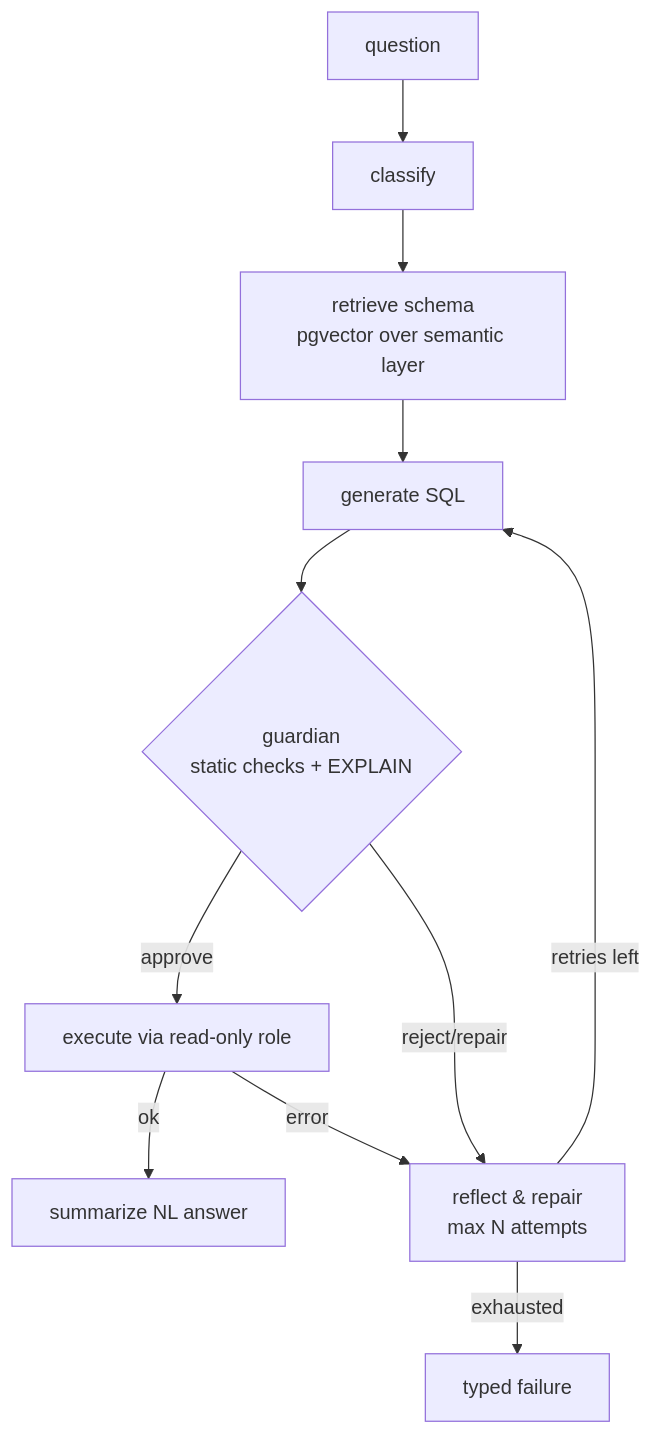
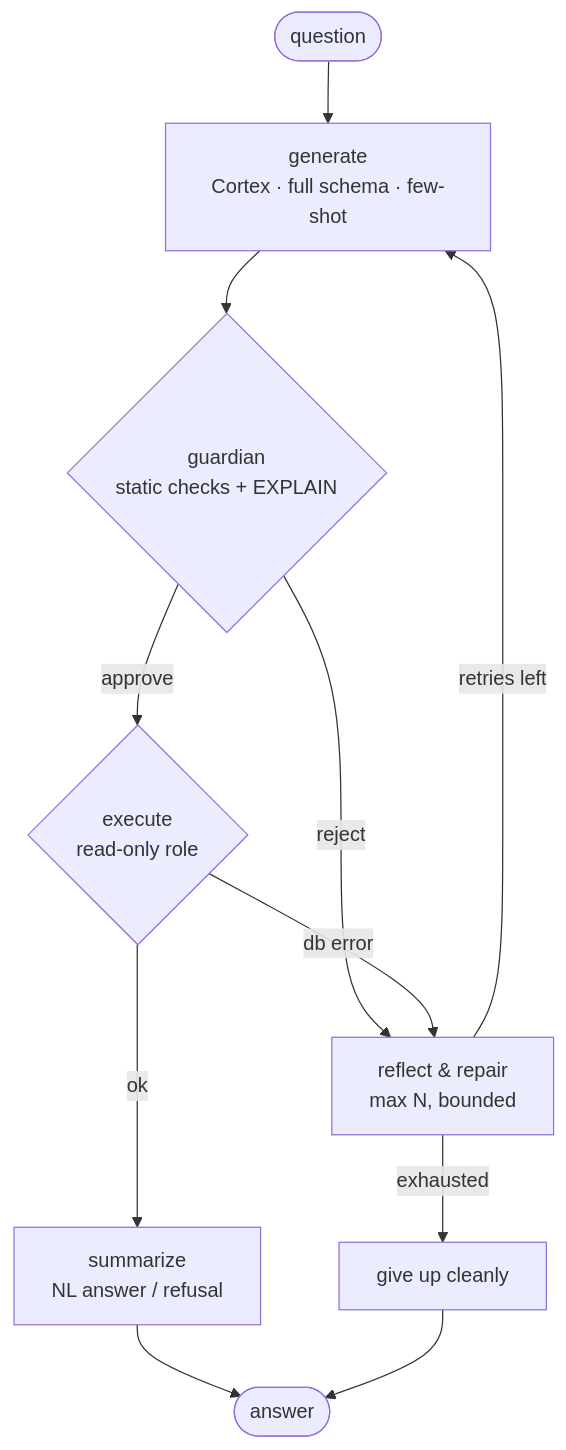
Before and after one commit to DavidAbdelmalek/agentic-text-to-sql: the first of 2 diagrams in docs/ARCHITECTURE.md, drawn with Mermaid. The commit also changed other lines of this file and 7 other files, not shown here.

````diff
--- a/docs/ARCHITECTURE.md
+++ b/docs/ARCHITECTURE.md
@@ -55,13 +16,13 @@
 ```mermaid
 flowchart TD
-    Q[question] --> C[classify]
-    C --> R[retrieve schema<br/>pgvector over semantic layer]
-    R --> G[generate SQL]
+    Q([question]) --> G[generate<br/>Cortex · full schema · few-shot]
     G --> V{guardian<br/>static checks + EXPLAIN}
-    V -- approve --> X[execute via read-only role]
-    V -- reject/repair --> RR
-    X -- ok --> S[summarize NL answer]
-    X -- error --> RR[reflect & repair<br/>max N attempts]
+    V -- reject --> RR[reflect & repair<br/>max N, bounded]
+    V -- approve --> X{execute<br/>read-only role}
+    X -- db error --> RR
+    X -- ok --> S[summarize<br/>NL answer / refusal]
     RR -- retries left --> G
-    RR -- exhausted --> F[typed failure]
+    RR -- exhausted --> F[give up cleanly]
+    S --> A([answer])
+    F --> A
 ```
````
